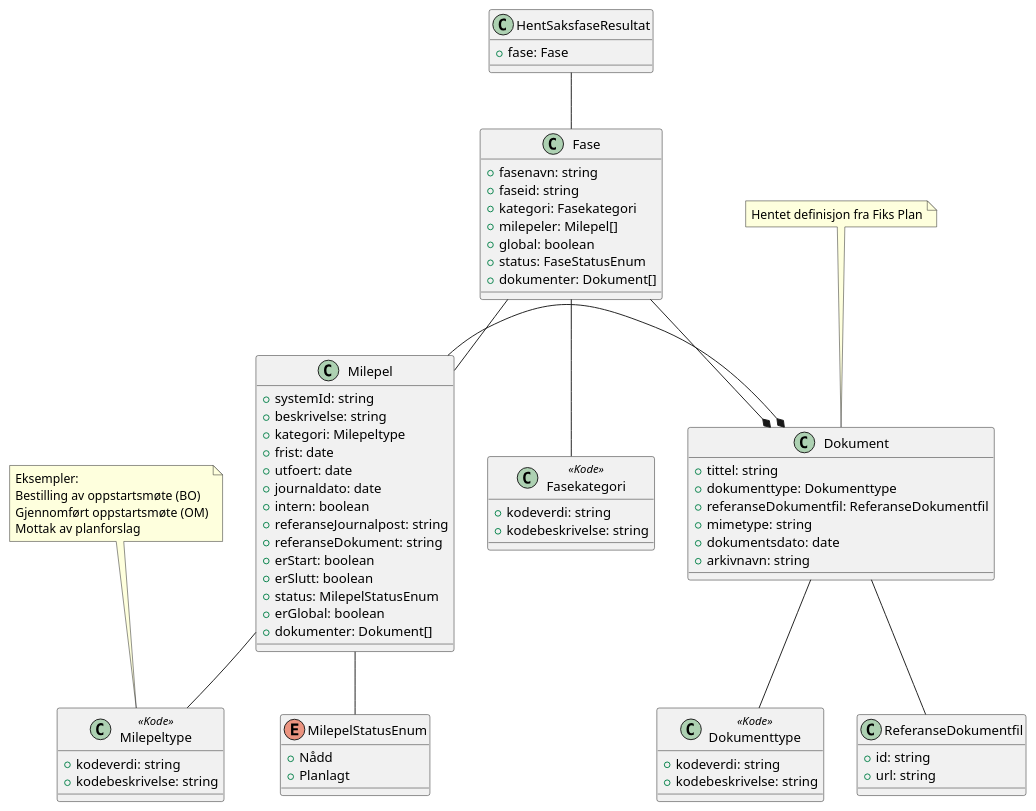
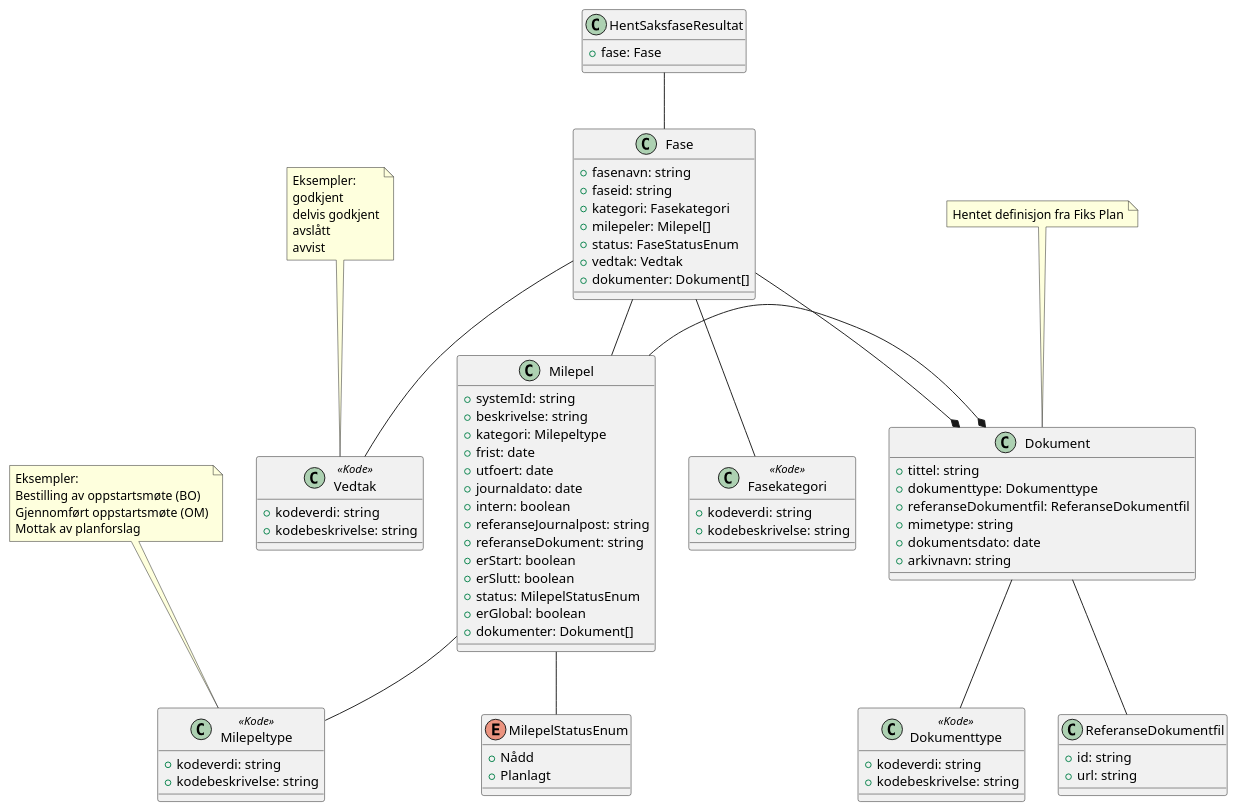
The diagram in Dokumentasjon/V1/ClassDiagrams/no.ks.fiks.saksfaser.v1.saksfase.hent.resultat/classdiagram.pu (ks-no/fiks-saksfaser-specification), drawn with PlantUML before and after one commit. The commit also changed 2 other files, not shown here.

```diff
--- a/Dokumentasjon/V1/ClassDiagrams/no.ks.fiks.saksfaser.v1.saksfase.hent.resultat/classdiagram.pu
+++ b/Dokumentasjon/V1/ClassDiagrams/no.ks.fiks.saksfaser.v1.saksfase.hent.resultat/classdiagram.pu
@@ -1,88 +1,95 @@
 @startuml
 
 class HentSaksfaseResultat {
     +fase: Fase
 }
 
 HentSaksfaseResultat -- Fase
 
 class Fase {
     +fasenavn: string
     +faseid: string
     +kategori: Fasekategori
     +milepeler: Milepel[]
-    +global: boolean
     +status: FaseStatusEnum
+    +vedtak: Vedtak
     +dokumenter: Dokument[]
 }
 
 Fase -* Dokument
 Fase -- Milepel
+Fase -- Fasekategori
+Fase -- Vedtak
 
-Fase -- Fasekategori
+note top of Vedtak : Eksempler:\ngodkjent\ndelvis godkjent\navslått\navvist 
+
+class Vedtak <<Kode>> {
+    +kodeverdi: string
+    +kodebeskrivelse: string
+}
 
 class Fasekategori <<Kode>> {
     +kodeverdi: string
     +kodebeskrivelse: string
 }
 
 class Milepel {
     +systemId: string
     +beskrivelse: string
     +kategori: Milepeltype
     +frist: date
     +utfoert: date
     +journaldato: date
     +intern: boolean
     +referanseJournalpost: string
     +referanseDokument: string
     +erStart: boolean
     +erSlutt: boolean
     +status: MilepelStatusEnum
     +erGlobal: boolean
     +dokumenter: Dokument[]
 }
 
 Milepel -- Milepeltype
 
 note top of Milepeltype : Eksempler: \nBestilling av oppstartsmøte (BO)\nGjennomført oppstartsmøte (OM)\nMottak av planforslag
  
 class Milepeltype <<Kode>> {
     +kodeverdi: string
     +kodebeskrivelse: string
 }
 
 
 Milepel -- MilepelStatusEnum
 Milepel -* Dokument
 
 enum MilepelStatusEnum {
     +Nådd
     +Planlagt
 }
 
 note top of Dokument : Hentet definisjon fra Fiks Plan
 
 class Dokument {
     +tittel: string
     +dokumenttype: Dokumenttype
     +referanseDokumentfil: ReferanseDokumentfil
     +mimetype: string
     +dokumentsdato: date
     +arkivnavn: string
 }
 
 Dokument -- Dokumenttype
 Dokument -- ReferanseDokumentfil
 
 class Dokumenttype <<Kode>> {
     +kodeverdi: string
     +kodebeskrivelse: string
 }
 
 class ReferanseDokumentfil {
     +id: string
     +url: string
 }
 
 @enduml
```
